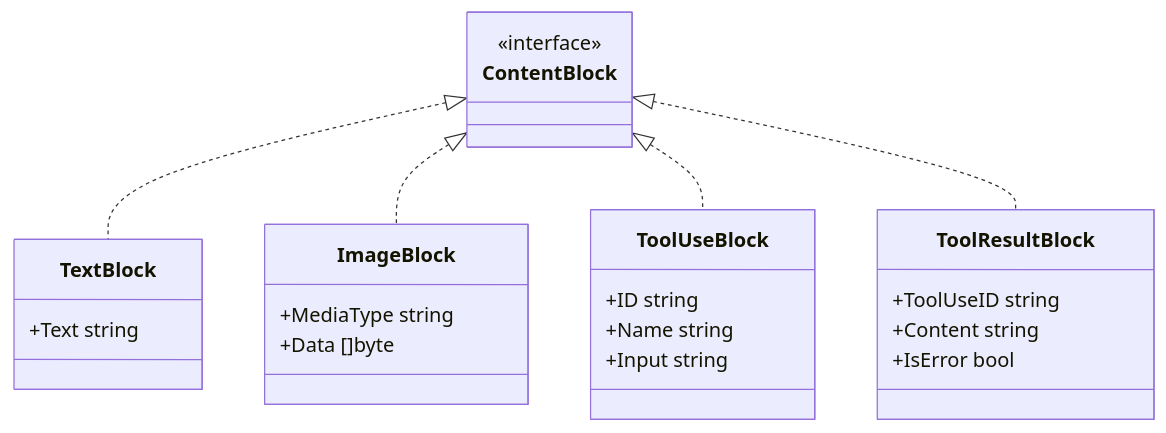
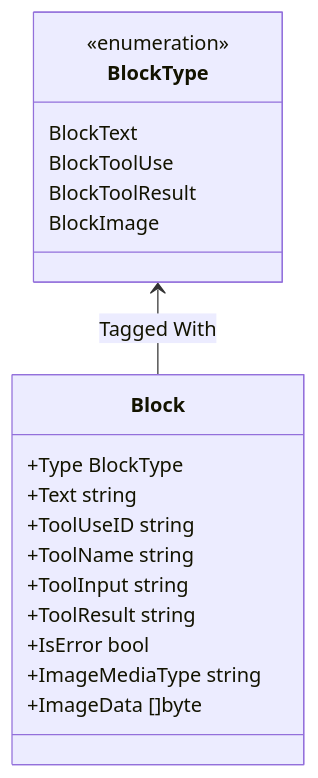
One commit to AntonioHellin/phi-code-agent changed the diagram in docs/steps/24-image-inputs.md. Above: the diagram before and after it, drawn with Mermaid. The commit also changed other lines of this file and 6 other files, not shown here.

First line of the commit message:
docs: update milestone guides 15-27 to align with current architecture

````diff
--- a/docs/steps/24-image-inputs.md
+++ b/docs/steps/24-image-inputs.md
@@ -9,28 +9,22 @@
 ```mermaid
 classDiagram
-    class ContentBlock {
-        <<interface>>
+    class BlockType {
+        <<enumeration>>
+        BlockText
+        BlockToolUse
+        BlockToolResult
+        BlockImage
     }
-    class TextBlock {
+    class Block {
+        +Type BlockType
         +Text string
+        +ToolUseID string
+        +ToolName string
+        +ToolInput string
+        +ToolResult string
+        +IsError bool
+        +ImageMediaType string
+        +ImageData []byte
     }
-    class ImageBlock {
-        +MediaType string
-        +Data []byte
-    }
-    class ToolUseBlock {
-        +ID string
-        +Name string
-        +Input string
-    }
-    class ToolResultBlock {
-        +ToolUseID string
-        +Content string
-        +IsError bool
-    }
-
-    ContentBlock <|.. TextBlock
-    ContentBlock <|.. ImageBlock
-    ContentBlock <|.. ToolUseBlock
-    ContentBlock <|.. ToolResultBlock
+    BlockType <-- Block : Tagged With
 ```
````
